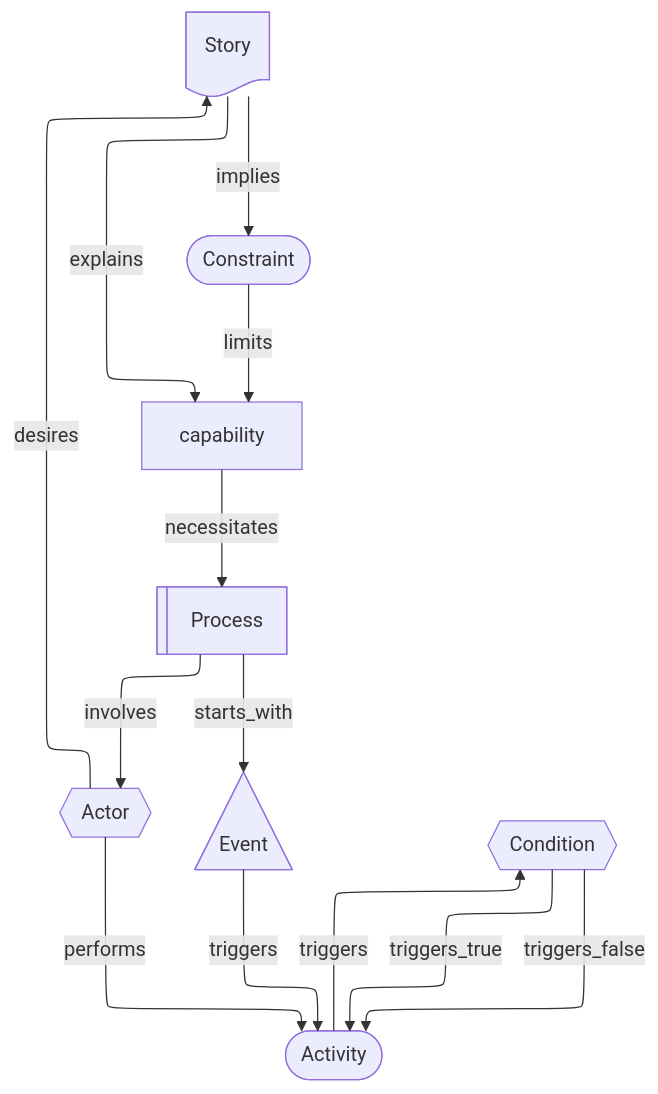
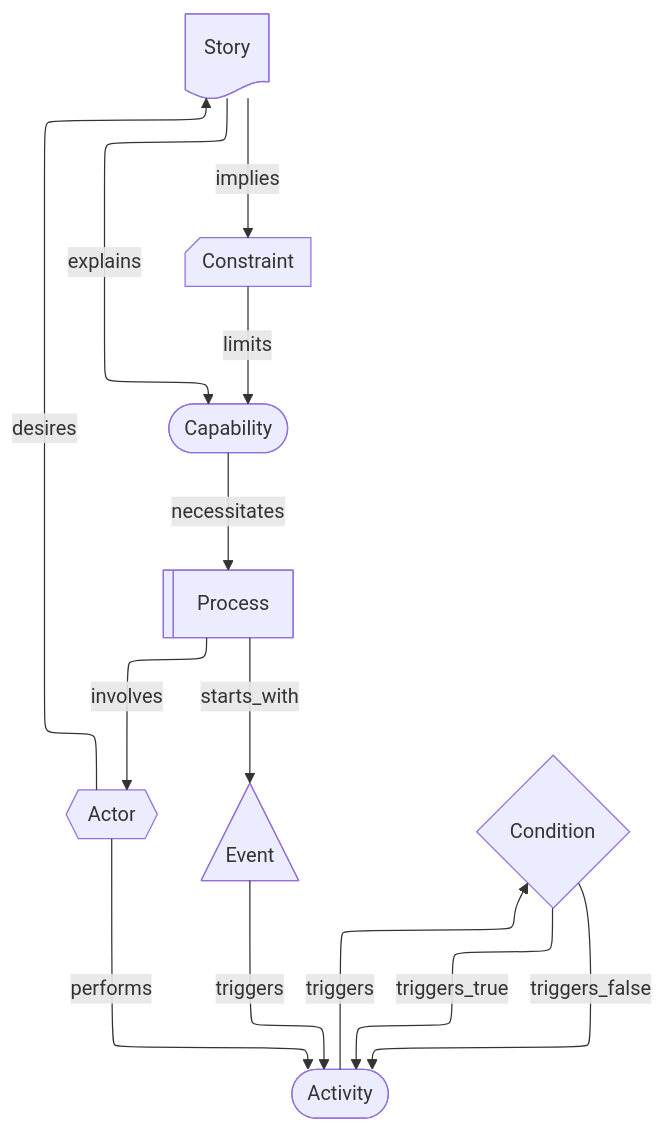
The diagram in docs/views/Story.md (JEleniel/aurora), drawn with Mermaid before and after one commit. The commit also changed other lines of this file and 232 other files, not shown here.

````diff
--- a/docs/views/Story.md
+++ b/docs/views/Story.md
@@ -7,28 +7,29 @@
 ```mermaid
 ---
 config:
   layout: elk
 ---
 graph
 	actor{{Actor}}
 	story[Story]@{shape: document}
 	activity([Activity])
 	event[Event]@{shape: tri}
-	condition{{Condition}}
-	constraint([Constraint])
+	condition{Condition}
+	capability([Capability])
+	constraint[Constraint]@{shape: card}
 	process[Process]@{shape: lin-rect}
 
 	capability -- necessitates --> process
 	process -- involves --> actor
+	process -- starts_with --> event
 	actor -- desires --> story
 	story -- explains --> capability
 	constraint -- limits --> capability
 	story -- implies --> constraint
-	process -- starts_with --> event
 	event -- triggers --> activity
 	actor -- performs --> activity
 	activity -- triggers --> condition
 	condition -- triggers_true --> activity
 	condition -- triggers_false --> activity
 
 ```
````
